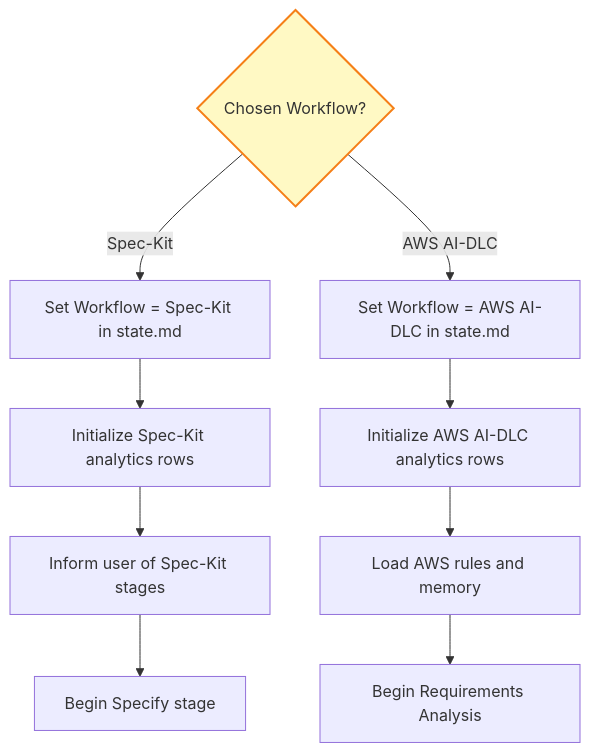
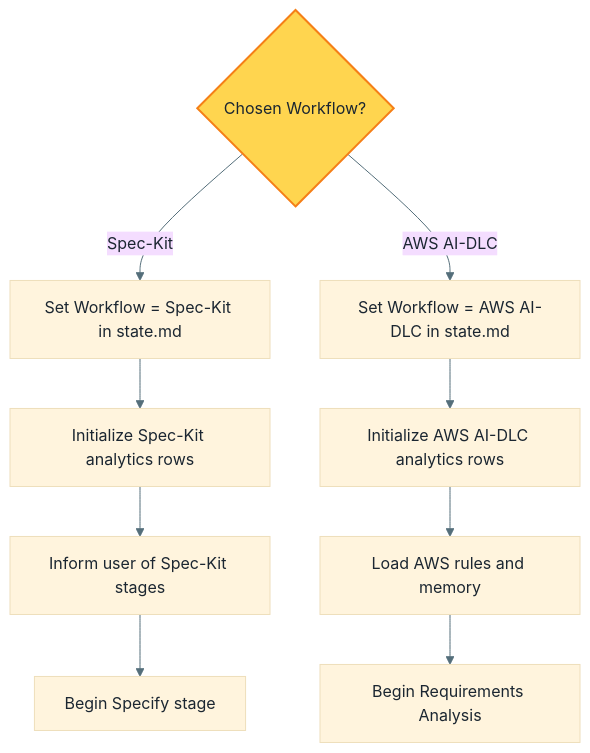
One commit to premkumarjanagarajan/fluid-flow-ai changed the ninth of 26 diagrams in docs/WORKFLOW-FULL-DETAILED.md. Above: the diagram before and after it, drawn with Mermaid. The commit also changed other lines of this file, not shown here.

First line of the commit message:
Fix mermaid diagram colors for dark/light theme compatibility

````diff
--- a/docs/WORKFLOW-FULL-DETAILED.md
+++ b/docs/WORKFLOW-FULL-DETAILED.md
@@ -403,13 +421,14 @@
 ```mermaid
+%%{init: {'theme': 'base', 'themeVariables': {'primaryTextColor': '#1B2631', 'lineColor': '#546E7A', 'textColor': '#1B2631'}}}%%
 flowchart TD
     A{"Chosen Workflow?"} -->|Spec-Kit| B["Set Workflow = Spec-Kit in state.md"]
     A -->|AWS AI-DLC| C["Set Workflow = AWS AI-DLC in state.md"]
     B --> D["Initialize Spec-Kit analytics rows"]
     C --> E["Initialize AWS AI-DLC analytics rows"]
     D --> F["Inform user of Spec-Kit stages"]
     E --> G["Load AWS rules and memory"]
     F --> H["Begin Specify stage"]
     G --> I["Begin Requirements Analysis"]
 
-    style A fill:#FFF9C4,stroke:#F57F17,stroke-width:2px
+    style A fill:#FFD54F,stroke:#F57F17,stroke-width:2px
 ```
````
